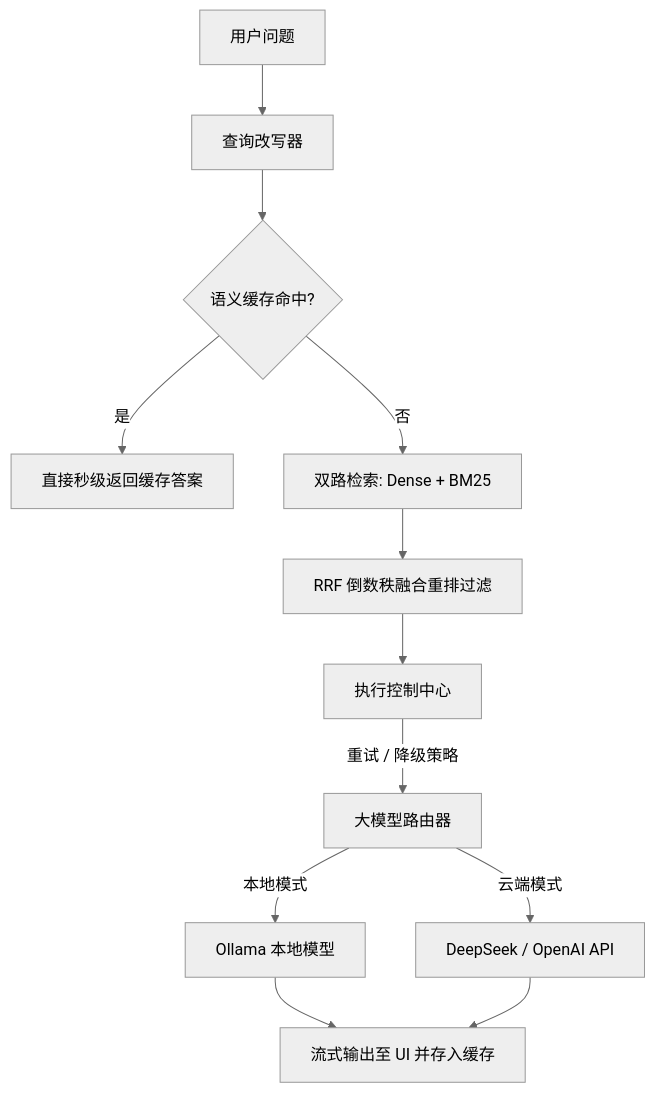
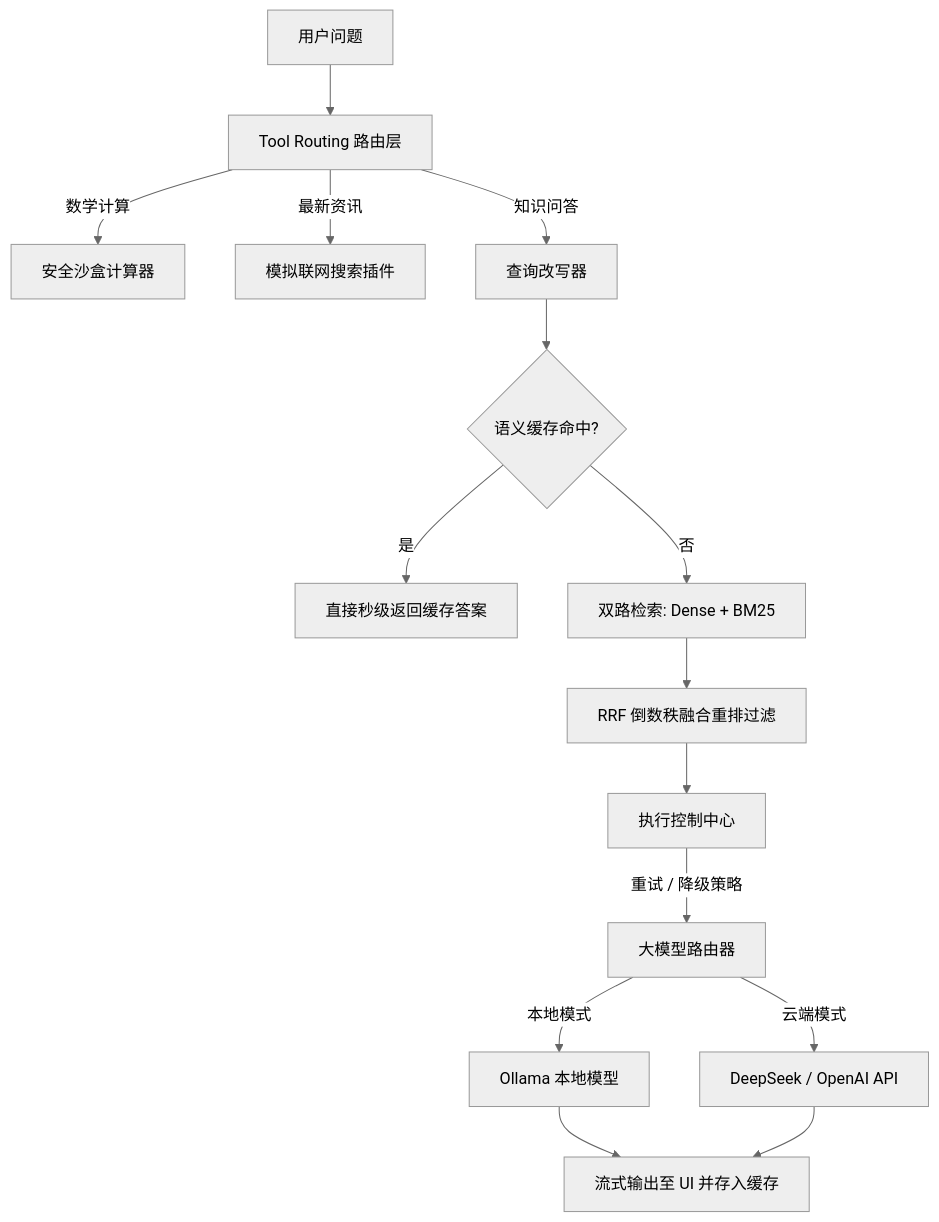
Before and after one commit to Hao610/AI-Model-Atlas: the diagram in projects/rag-app/README_zh.md, drawn with Mermaid (neutral theme). The commit also changed other lines of this file and 1 other file, not shown here.

Commit message:
docs(rag-app): update README to reflect Stage A tool routing and Stage B evaluation features

````diff
--- a/projects/rag-app/README_zh.md
+++ b/projects/rag-app/README_zh.md
@@ -13,18 +13,22 @@
 ```mermaid
 flowchart TD
-    UserQuery[用户问题] --> QueryRewriter[查询改写器]
+    UserQuery[用户问题] --> ToolRouter[Tool Routing 路由层]
+    ToolRouter -->|数学计算| CalculatorTool[安全沙盒计算器]
+    ToolRouter -->|最新资讯| WebTool[模拟联网搜索插件]
+    ToolRouter -->|知识问答| QueryRewriter[查询改写器]
+    
     QueryRewriter --> SemanticCacheCheck{语义缓存命中?}
     
     SemanticCacheCheck -->|是| InstantReturn[直接秒级返回缓存答案]
     SemanticCacheCheck -->|否| VectorSearch[双路检索: Dense + BM25]
     
     VectorSearch --> Reranker[RRF 倒数秩融合重排过滤]
     Reranker --> ExecutionController[执行控制中心]
     
     ExecutionController -->|重试 / 降级策略| LLMRouter[大模型路由器]
     LLMRouter -->|本地模式| Ollama[Ollama 本地模型]
     LLMRouter -->|云端模式| CloudAPI[DeepSeek / OpenAI API]
     
     Ollama --> StreamOutput[流式输出至 UI 并存入缓存]
     CloudAPI --> StreamOutput
 ```
````
